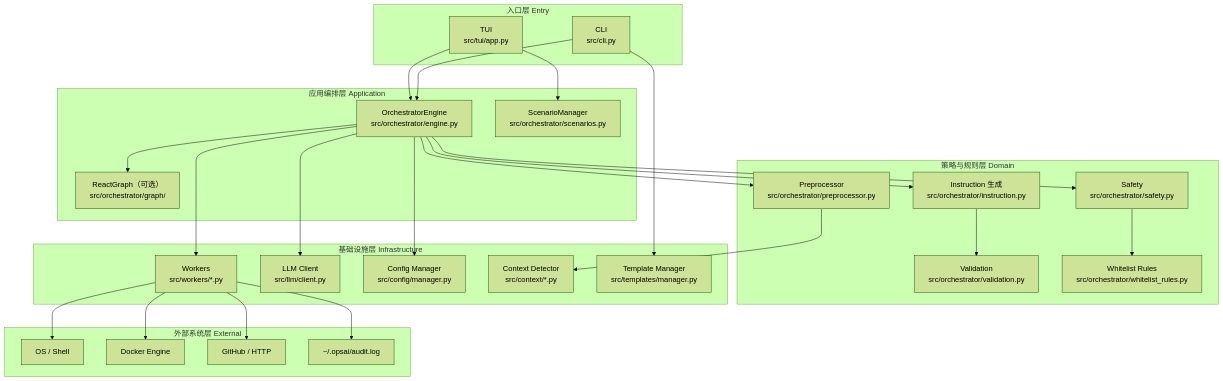
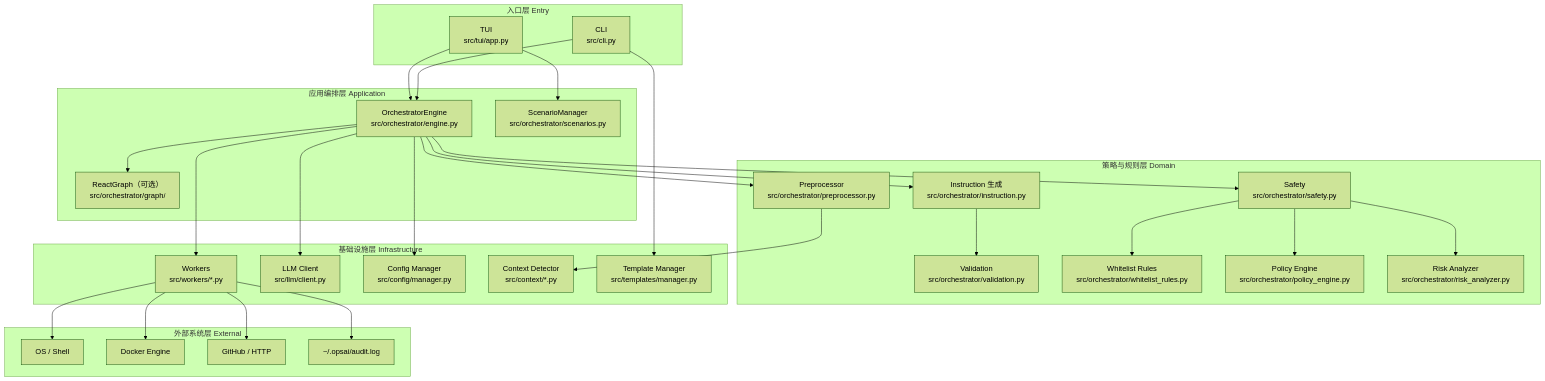
One commit to qqzhangyanhua/mainer-cli changed the diagram in README.md. Above: the diagram before and after it, drawn with Mermaid (forest theme). The commit also changed other lines of this file and 6 other files, not shown here.

````diff
--- a/README.md
+++ b/README.md
@@ -9,58 +9,62 @@
 ```mermaid
 flowchart TB
     subgraph L1["入口层 Entry"]
         CLI["CLI<br/>src/cli.py"]
         TUI["TUI<br/>src/tui/app.py"]
     end
 
     subgraph L2["应用编排层 Application"]
         ENG["OrchestratorEngine<br/>src/orchestrator/engine.py"]
         GRAPH["ReactGraph（可选）<br/>src/orchestrator/graph/"]
         SCN["ScenarioManager<br/>src/orchestrator/scenarios.py"]
     end
 
     subgraph L3["策略与规则层 Domain"]
         PRE["Preprocessor<br/>src/orchestrator/preprocessor.py"]
         INS["Instruction 生成<br/>src/orchestrator/instruction.py"]
         VAL["Validation<br/>src/orchestrator/validation.py"]
         SAF["Safety<br/>src/orchestrator/safety.py"]
         WLR["Whitelist Rules<br/>src/orchestrator/whitelist_rules.py"]
+        POL["Policy Engine<br/>src/orchestrator/policy_engine.py"]
+        RSK["Risk Analyzer<br/>src/orchestrator/risk_analyzer.py"]
     end
 
     subgraph L4["基础设施层 Infrastructure"]
         WRK["Workers<br/>src/workers/*.py"]
         LLM["LLM Client<br/>src/llm/client.py"]
         CFG["Config Manager<br/>src/config/manager.py"]
         CTX["Context Detector<br/>src/context/*.py"]
         TMP["Template Manager<br/>src/templates/manager.py"]
     end
 
     subgraph L5["外部系统层 External"]
         OS["OS / Shell"]
         DK["Docker Engine"]
         GH["GitHub / HTTP"]
         AUD["~/.opsai/audit.log"]
     end
 
     CLI --> ENG
     CLI --> TMP
     TUI --> ENG
     TUI --> SCN
 
     ENG --> GRAPH
     ENG --> PRE
     ENG --> INS
     INS --> VAL
     ENG --> SAF
     SAF --> WLR
+    SAF --> POL
+    SAF --> RSK
 
     PRE --> CTX
     ENG --> CFG
     ENG --> LLM
     ENG --> WRK
 
     WRK --> OS
     WRK --> DK
     WRK --> GH
     WRK --> AUD
 ```
````
